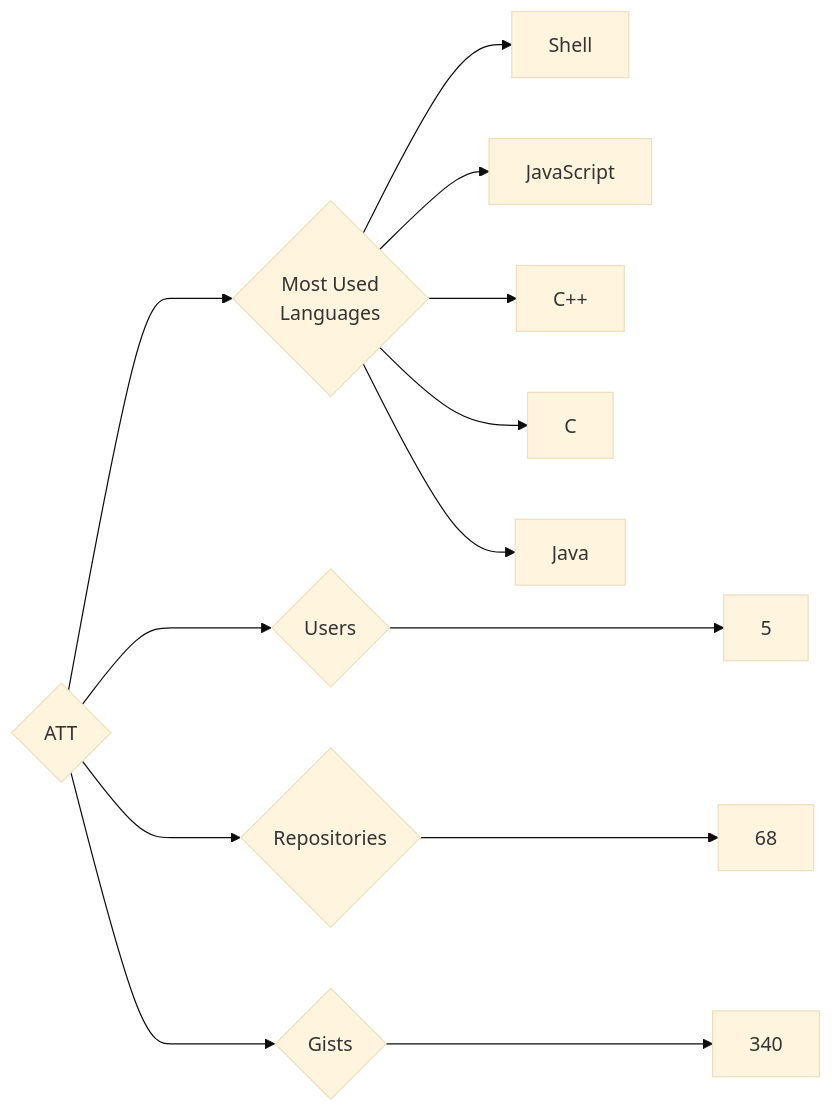
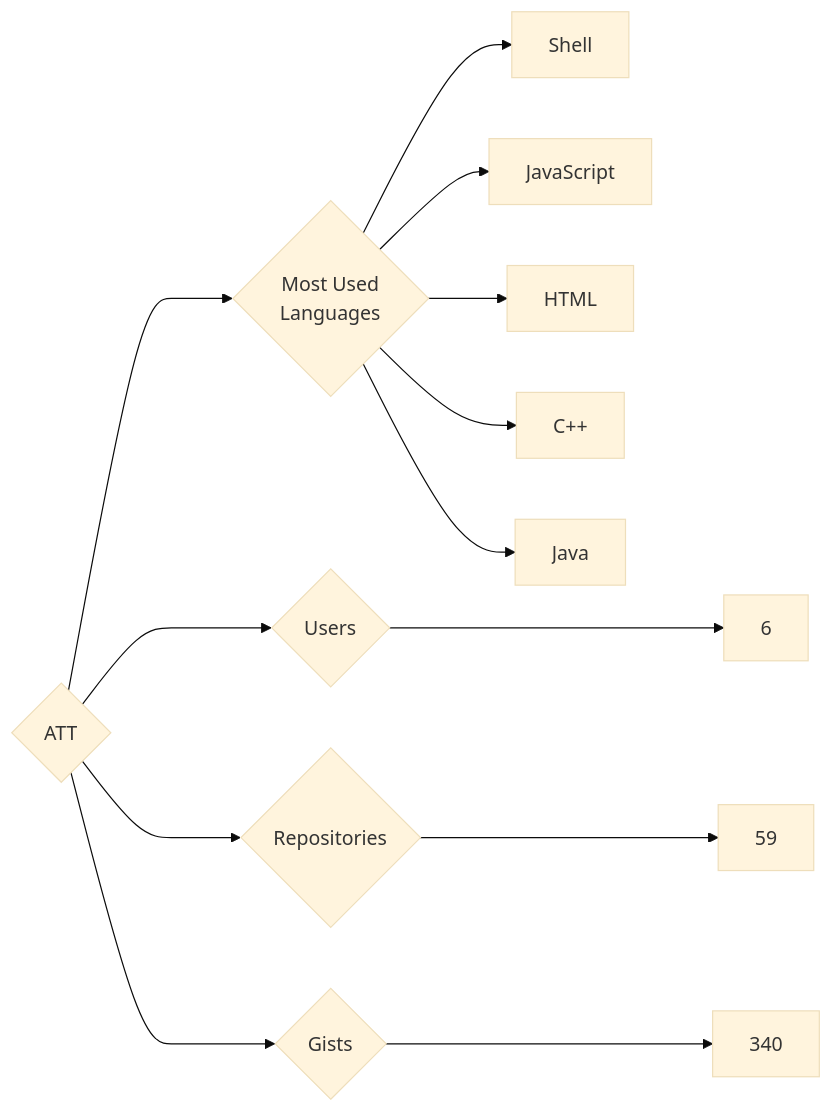
Before and after one commit to trickest/insiders: the diagram in targets/ATT/README.md, drawn with Mermaid (base theme). The commit also changed 736 other files, not shown here.

````diff
--- a/targets/ATT/README.md
+++ b/targets/ATT/README.md
@@ -3,13 +3,13 @@
 ```mermaid
 graph LR
 COMPANY_NAME{ATT}
-COMPANY_NAME ---> U{Users} ---> UN[5]
-COMPANY_NAME ---> R{Repositories} ---> RN[68]
+COMPANY_NAME ---> U{Users} ---> UN[6]
+COMPANY_NAME ---> R{Repositories} ---> RN[59]
 COMPANY_NAME ---> G{Gists} ---> GN[340]
 COMPANY_NAME ---> ML{Most Used<br>Languages}
 ML --> Shell[Shell]
 ML --> JavaScript[JavaScript]
+ML --> HTML[HTML]
 ML --> C++[C++]
-ML --> C[C]
 ML --> Java[Java]
 ```
````
